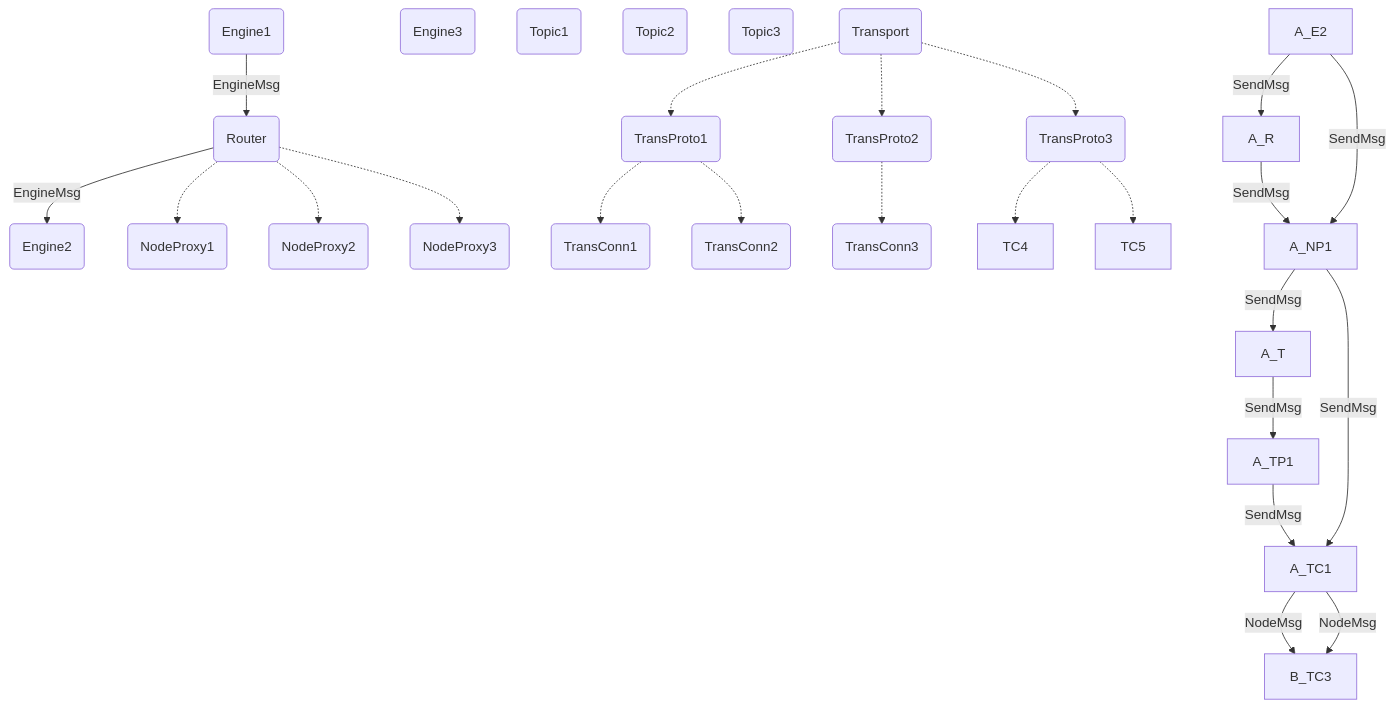
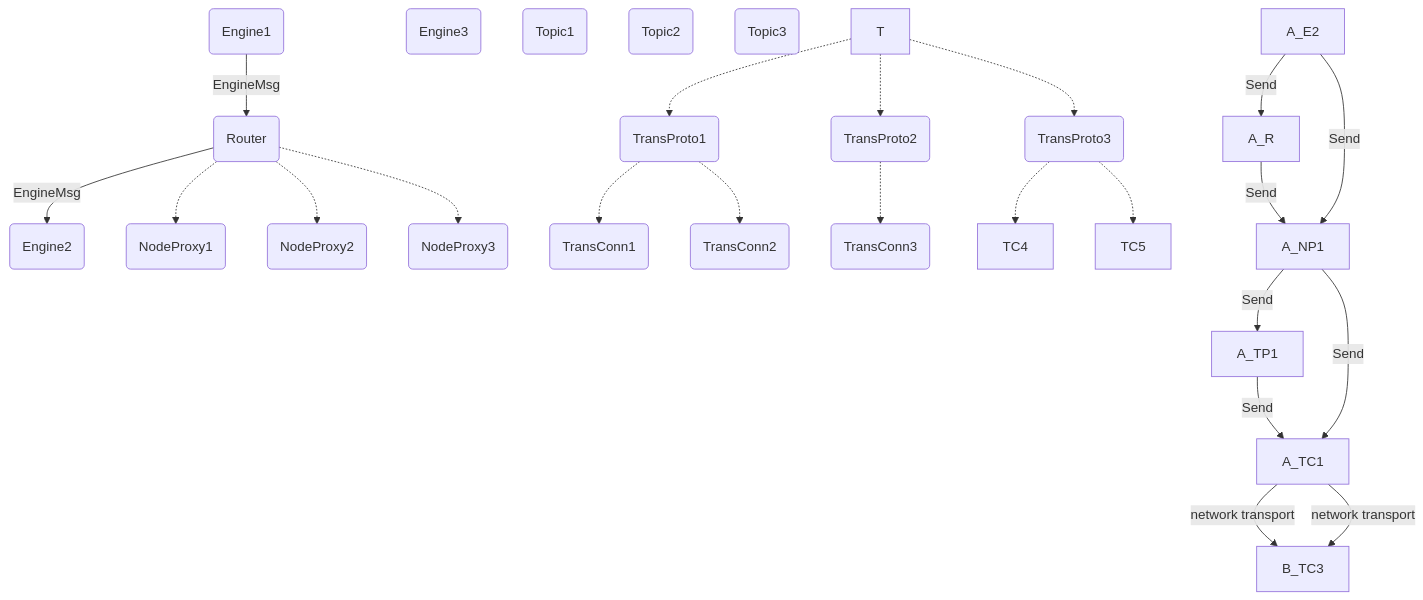
One commit to anoma/nspec changed the diagram in docs/arch/node/net/index.md. Above: the diagram before and after it, drawn with Mermaid. The commit also changed other lines of this file and 44 other files, not shown here.

````diff
--- a/docs/arch/node/net/index.md
+++ b/docs/arch/node/net/index.md
@@ -36,53 +40,52 @@
 ```mermaid
 flowchart TD
 
 E1(Engine1)
 E2(Engine2)
 E3(Engine3)
 
 R(Router)
 
 NP1(NodeProxy1)
 NP2(NodeProxy2)
 NP3(NodeProxy3)
 
 T1(Topic1)
 T2(Topic2)
 T3(Topic3)
 
-T(Transport)
 TP1(TransProto1)
 TP2(TransProto2)
 TP3(TransProto3)
 TC1(TransConn1)
 TC2(TransConn2)
 TC3(TransConn3)
 
 %% Spawn tree
 
 R -.-> NP1
 R -.-> NP2
 R -.-> NP3
 
 T -.-> TP1
 T -.-> TP2
 T -.-> TP3
 
 TP1 -.-> TC1
 TP1 -.-> TC2
 
 TP2 -.-> TC3
 
 TP3 -.-> TC4
 TP3 -.-> TC5
 
 %% Message flow
 
 E1 -- EngineMsg --> R -- EngineMsg --> E2
 
 %% First message to open a connection
-A_E2 -- SendMsg --> A_R -- SendMsg --> A_NP1 -- SendMsg --> A_T -- SendMsg --> A_TP1 -- SendMsg --> A_TC1 -- NodeMsg --> B_TC3
+A_E2 -- Send --> A_R -- Send --> A_NP1 -- Send --> A_TP1 -- Send --> A_TC1 -- network transport --> B_TC3
 
 %% Subsequent messages
-A_E2 -- SendMsg --> A_NP1 -- SendMsg --> A_TC1 -- NodeMsg --> B_TC3
+A_E2 -- Send --> A_NP1 -- Send --> A_TC1 -- network transport --> B_TC3
 ```
````
